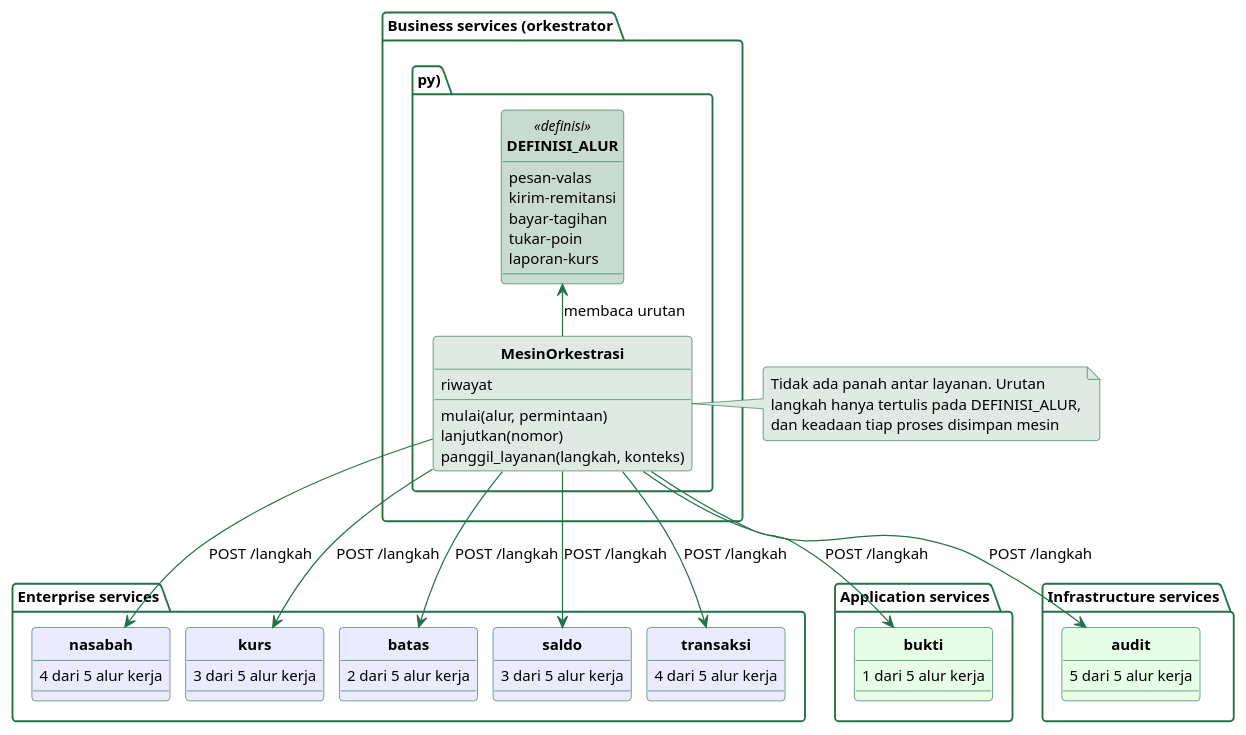
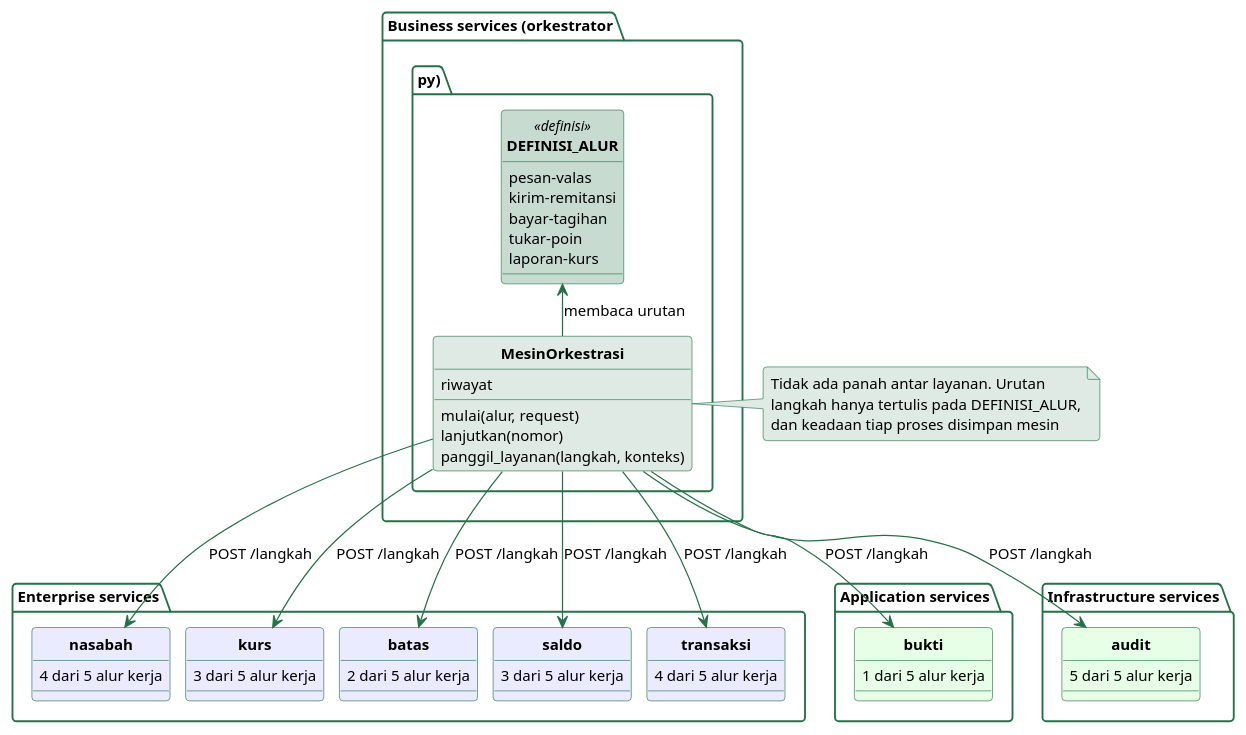
One commit to alfa-yohannis/software-architecture changed the diagram in sources/chapter12/diagram/kelas-odsoa.puml. Above: the diagram before and after it, drawn with PlantUML. The commit also changed 83 other files, not shown here.

```diff
--- a/sources/chapter12/diagram/kelas-odsoa.puml
+++ b/sources/chapter12/diagram/kelas-odsoa.puml
@@ -11,94 +11,94 @@
 @startuml
 skinparam backgroundColor transparent
 skinparam defaultFontName Titillium Web
 skinparam defaultFontSize 13
 skinparam shadowing false
 skinparam roundCorner 6
 skinparam classAttributeIconSize 0
 skinparam classFontStyle bold
 skinparam ArrowColor #257147
 skinparam ArrowFontSize 12
 skinparam nodesep 12
 skinparam ranksep 24
 skinparam class {
   BorderColor #257147
   BackgroundColor #EBEBFF
   FontColor black
   AttributeFontSize 12
   StereotypeFontSize 11
 }
 skinparam package {
   BorderColor #257147
   BackgroundColor transparent
   FontColor black
   FontSize 12
 }
 skinparam note {
   BackgroundColor #DEEAE3
   BorderColor #257147
   FontSize 12
 }
 hide circle
 
 package "Business services (orkestrator.py)" {
   class DEFINISI_ALUR <<definisi>> #C8DBD1 {
     pesan-valas
     kirim-remitansi
     bayar-tagihan
     tukar-poin
     laporan-kurs
   }
 
   class MesinOrkestrasi #DEEAE3 {
     riwayat
-    mulai(alur, permintaan)
+    mulai(alur, request)
     lanjutkan(nomor)
     panggil_layanan(langkah, konteks)
   }
 }
 
 package "Enterprise services" {
   class nasabah #EBEBFF {
     4 dari 5 alur kerja
   }
   class kurs #EBEBFF {
     3 dari 5 alur kerja
   }
   class batas #EBEBFF {
     2 dari 5 alur kerja
   }
   class saldo #EBEBFF {
     3 dari 5 alur kerja
   }
   class transaksi #EBEBFF {
     4 dari 5 alur kerja
   }
 }
 
 package "Application services" {
   class bukti #E6FFE6 {
     1 dari 5 alur kerja
   }
 }
 
 package "Infrastructure services" {
   class audit #E6FFE6 {
     5 dari 5 alur kerja
   }
 }
 
 MesinOrkestrasi -up-> DEFINISI_ALUR : membaca urutan
 MesinOrkestrasi --> nasabah : POST /langkah
 MesinOrkestrasi --> kurs : POST /langkah
 MesinOrkestrasi --> batas : POST /langkah
 MesinOrkestrasi --> saldo : POST /langkah
 MesinOrkestrasi --> transaksi : POST /langkah
 MesinOrkestrasi --> bukti : POST /langkah
 MesinOrkestrasi --> audit : POST /langkah
 
 note right of MesinOrkestrasi
   Tidak ada panah antar layanan. Urutan
   langkah hanya tertulis pada DEFINISI_ALUR,
   dan keadaan tiap proses disimpan mesin
 end note
 @enduml
```
